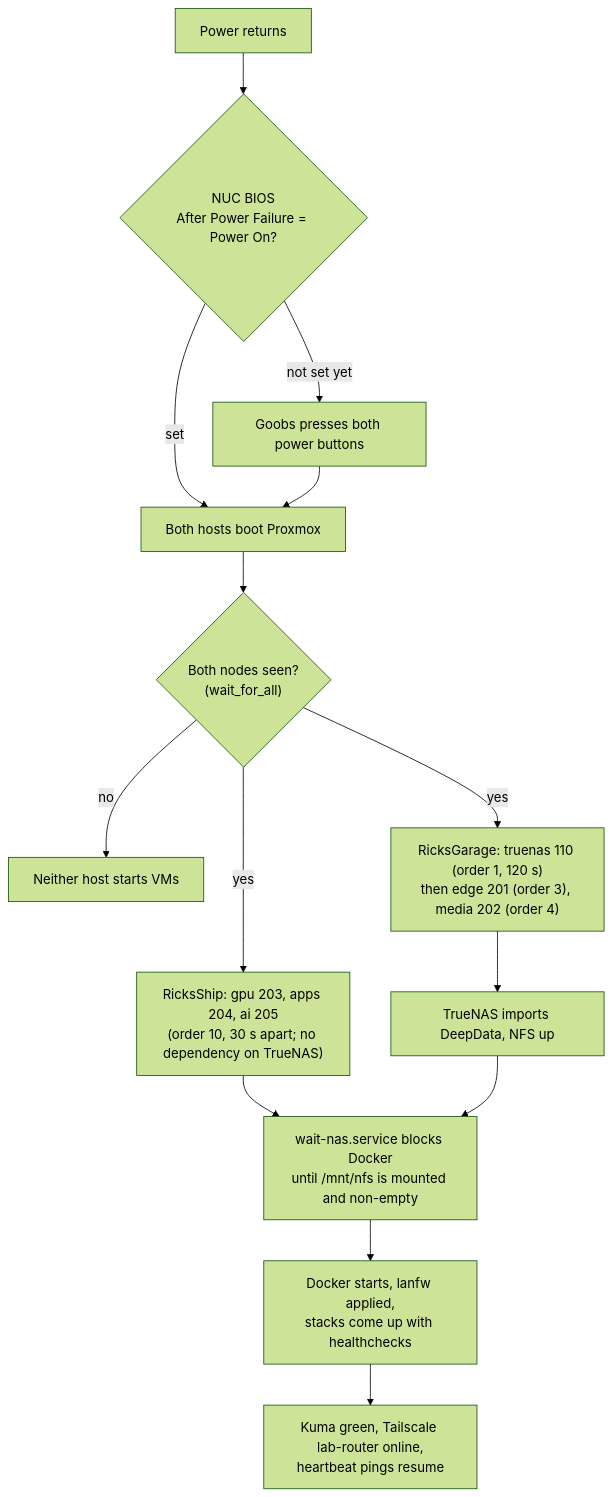
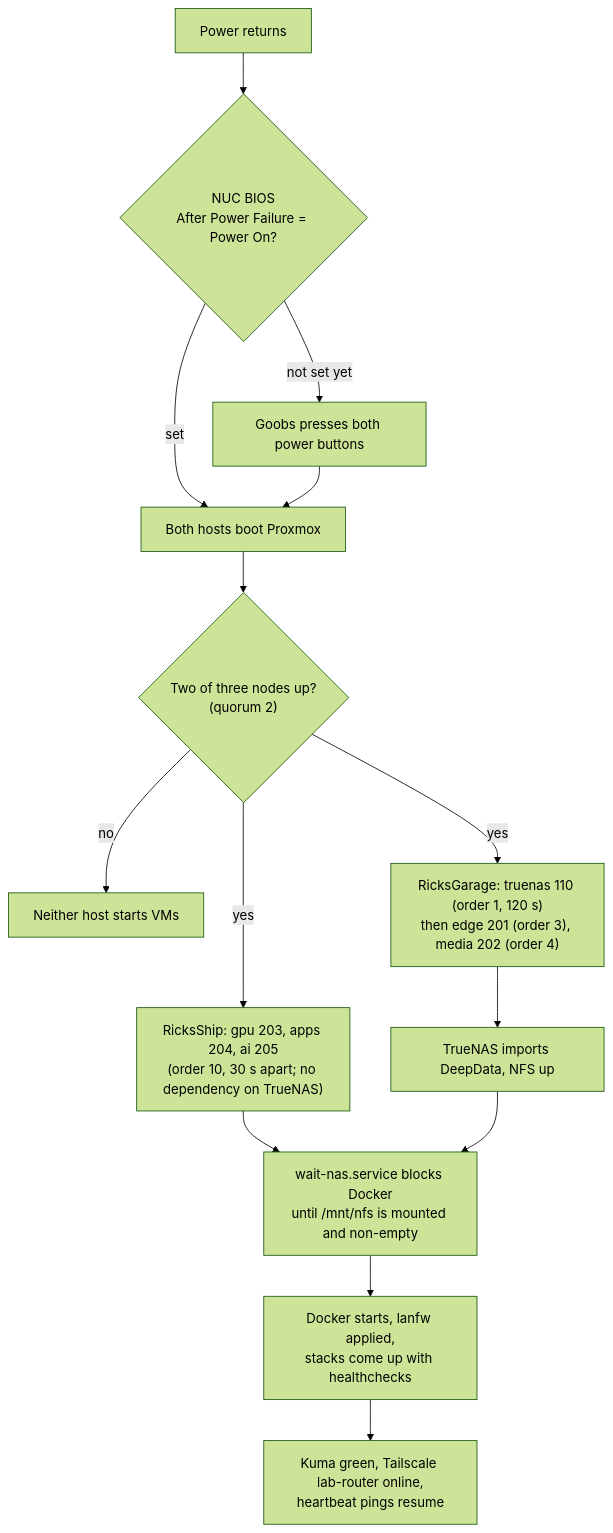
The seventh of 8 diagrams in docs/wiki/03-architecture.md (mikegutberlet/homelab-infra), drawn with Mermaid (forest theme) before and after one commit. The commit also changed 16 other files, not shown here.

````diff
--- a/docs/wiki/03-architecture.md
+++ b/docs/wiki/03-architecture.md
@@ -239,16 +239,16 @@
 ```mermaid
 flowchart TB
     PWR["Power returns"] --> BIOS{"NUC BIOS<br/>After Power Failure = Power On?"}
     BIOS -- "not set yet" --> BTN["Goobs presses both power buttons"]
     BIOS -- set --> BOOT
     BTN --> BOOT["Both hosts boot Proxmox"]
-    BOOT --> Q{"Both nodes seen?<br/>(wait_for_all)"}
+    BOOT --> Q{"Two of three nodes up?<br/>(quorum 2)"}
     Q -- no --> HOLD["Neither host starts VMs"]
     Q -- yes --> RG["RicksGarage: truenas 110 (order 1, 120 s)<br/>then edge 201 (order 3), media 202 (order 4)"]
     Q -- yes --> RS["RicksShip: gpu 203, apps 204, ai 205<br/>(order 10, 30 s apart; no dependency on TrueNAS)"]
     RG --> POOL["TrueNAS imports DeepData, NFS up"]
     RS --> WAIT["wait-nas.service blocks Docker<br/>until /mnt/nfs is mounted and non-empty"]
     POOL --> WAIT
     WAIT --> DOCKER["Docker starts, lanfw applied,<br/>stacks come up with healthchecks"]
     DOCKER --> OK["Kuma green, Tailscale lab-router online,<br/>heartbeat pings resume"]
 ```
````
